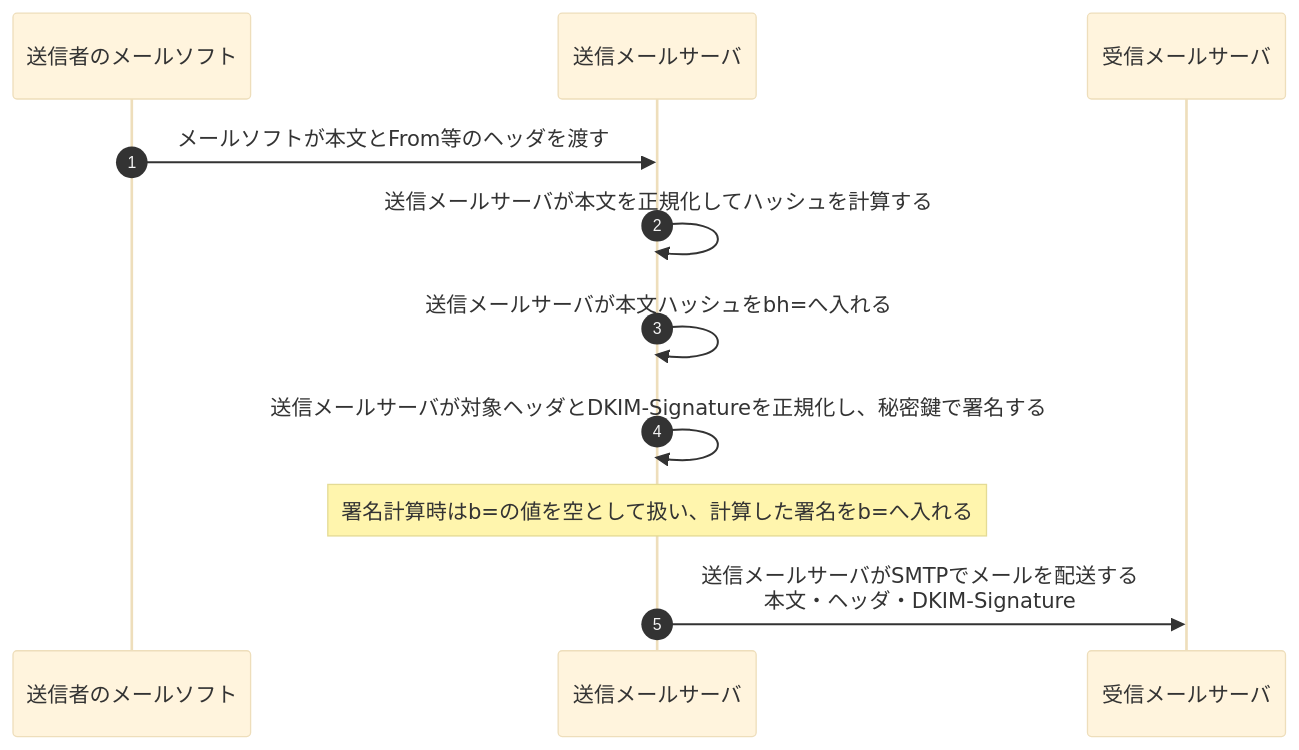
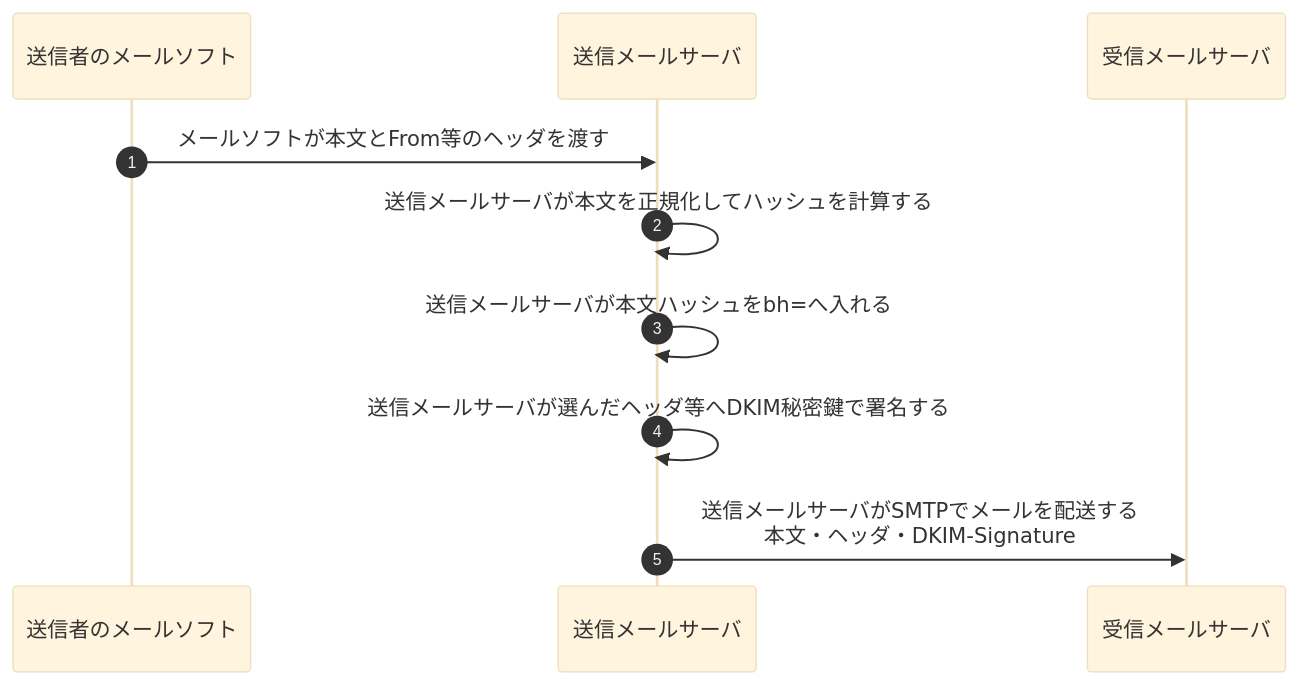
Before and after one commit to ryusuke2003/security-specialist-study: the first of 2 diagrams in 復習用/流れ図/DKIMの署名と検証.md, drawn with Mermaid (base theme). The commit also changed other lines of this file, not shown here.

Commit message:
DKIM流れ図のタグ仕様詳細を試験向けに整理

````diff
--- a/復習用/流れ図/DKIMの署名と検証.md
+++ b/復習用/流れ図/DKIMの署名と検証.md
@@ -38,14 +38,13 @@
 ```mermaid
 sequenceDiagram
     autonumber
     participant M as 送信者のメールソフト
     participant S as 送信メールサーバ
     participant R as 受信メールサーバ
 
     M->>S: メールソフトが本文とFrom等のヘッダを渡す
     S->>S: 送信メールサーバが本文を正規化してハッシュを計算する
     S->>S: 送信メールサーバが本文ハッシュをbh=へ入れる
-    S->>S: 送信メールサーバが対象ヘッダとDKIM-Signatureを正規化し、秘密鍵で署名する
-    Note over S: 署名計算時はb=の値を空として扱い、計算した署名をb=へ入れる
+    S->>S: 送信メールサーバが選んだヘッダ等へDKIM秘密鍵で署名する
     S->>R: 送信メールサーバがSMTPでメールを配送する<br/>本文・ヘッダ・DKIM-Signature
 ```
````
